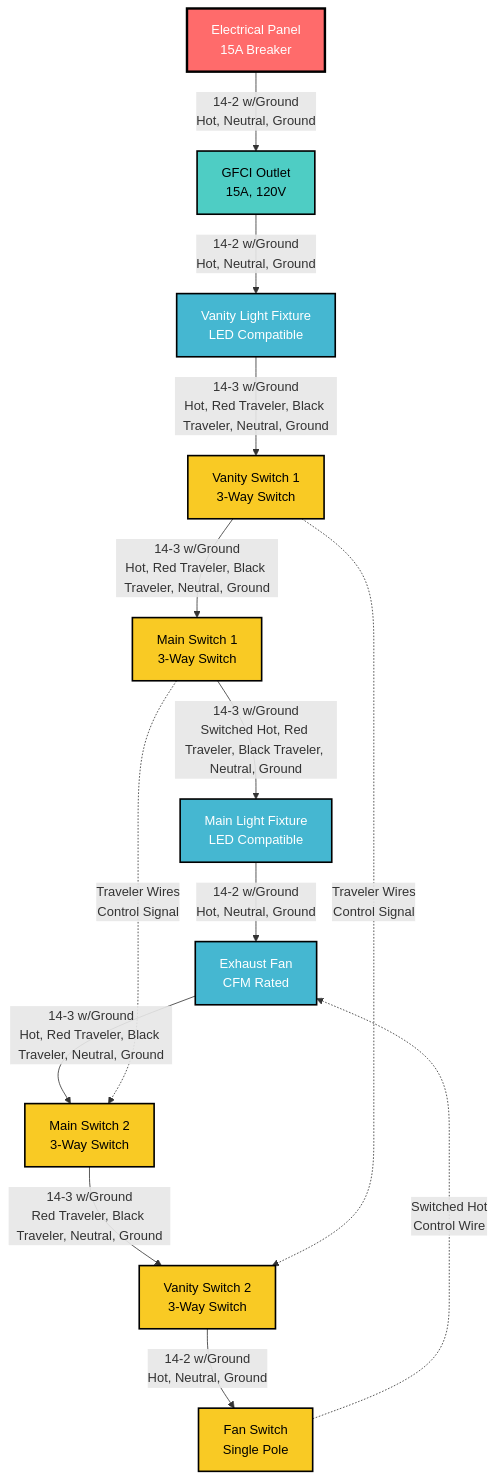
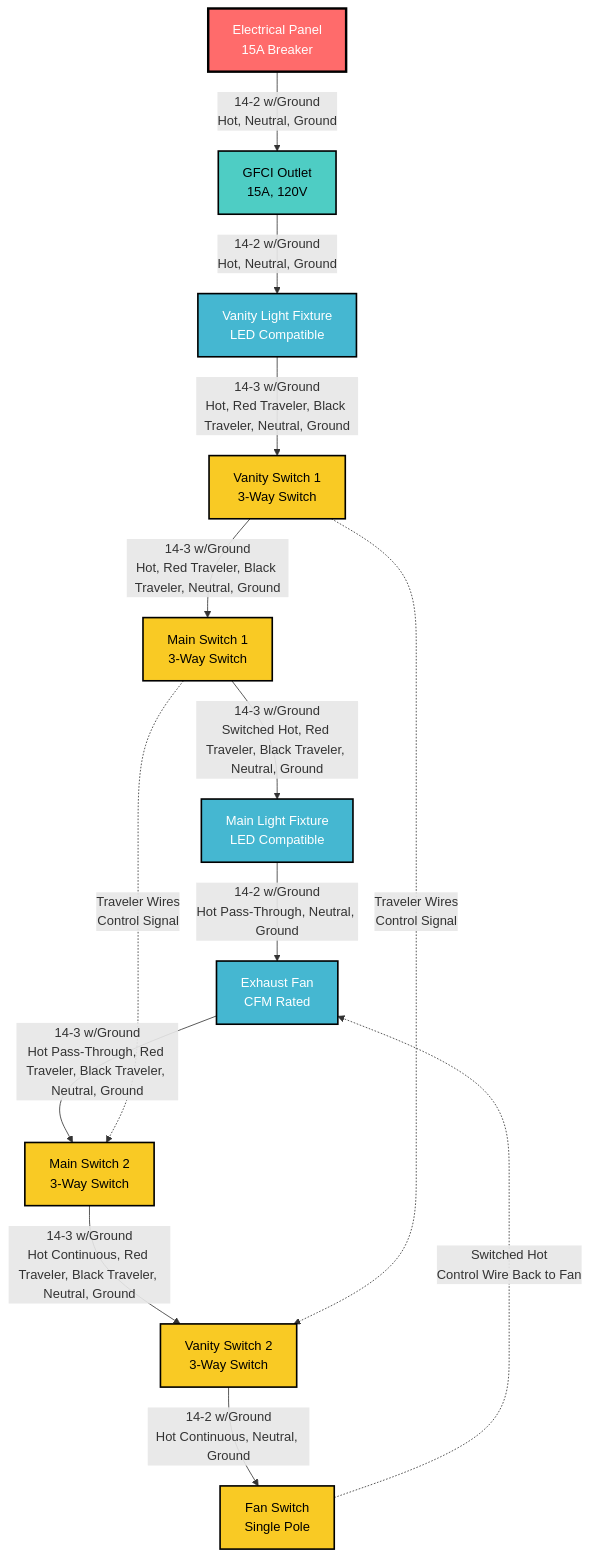
The first of 7 diagrams in diagrams/mermaid-wiring-diagram.md (ticklemycode/electrical-wiring), drawn with Mermaid before and after one commit. The commit also changed other lines of this file and 2 other files, not shown here.

````diff
--- a/diagrams/mermaid-wiring-diagram.md
+++ b/diagrams/mermaid-wiring-diagram.md
@@ -7,39 +7,39 @@
 ```mermaid
 flowchart TD
     A[Electrical Panel<br/>15A Breaker] -->|14-2 w/Ground<br/>Hot, Neutral, Ground| B[GFCI Outlet<br/>15A, 120V]
     
     B -->|14-2 w/Ground<br/>Hot, Neutral, Ground| C[Vanity Light Fixture<br/>LED Compatible]
     
     C -->|14-3 w/Ground<br/>Hot, Red Traveler, Black Traveler, Neutral, Ground| D[Vanity Switch 1<br/>3-Way Switch]
     
     D -->|14-3 w/Ground<br/>Hot, Red Traveler, Black Traveler, Neutral, Ground| E[Main Switch 1<br/>3-Way Switch]
     
     E -->|14-3 w/Ground<br/>Switched Hot, Red Traveler, Black Traveler, Neutral, Ground| F[Main Light Fixture<br/>LED Compatible]
     
-    F -->|14-2 w/Ground<br/>Hot, Neutral, Ground| G[Exhaust Fan<br/>CFM Rated]
+    F -->|14-2 w/Ground<br/>Hot Pass-Through, Neutral, Ground| G[Exhaust Fan<br/>CFM Rated]
     
-    G -->|14-3 w/Ground<br/>Hot, Red Traveler, Black Traveler, Neutral, Ground| H[Main Switch 2<br/>3-Way Switch]
+    G -->|14-3 w/Ground<br/>Hot Pass-Through, Red Traveler, Black Traveler, Neutral, Ground| H[Main Switch 2<br/>3-Way Switch]
     
-    H -->|14-3 w/Ground<br/>Red Traveler, Black Traveler, Neutral, Ground| I[Vanity Switch 2<br/>3-Way Switch]
+    H -->|14-3 w/Ground<br/>Hot Continuous, Red Traveler, Black Traveler, Neutral, Ground| I[Vanity Switch 2<br/>3-Way Switch]
     
-    I -->|14-2 w/Ground<br/>Hot, Neutral, Ground| J[Fan Switch<br/>Single Pole]
+    I -->|14-2 w/Ground<br/>Hot Continuous, Neutral, Ground| J[Fan Switch<br/>Single Pole]
     
     %% 3-Way Control Connections
     D -.->|Traveler Wires<br/>Control Signal| I
     E -.->|Traveler Wires<br/>Control Signal| H
     
     %% Fan Control
-    J -.->|Switched Hot<br/>Control Wire| G
+    J -.->|Switched Hot<br/>Control Wire Back to Fan| G
     
     %% Styling
     classDef panelStyle fill:#ff6b6b,stroke:#000,stroke-width:3px,color:#fff
     classDef gfciStyle fill:#4ecdc4,stroke:#000,stroke-width:2px,color:#000
     classDef fixtureStyle fill:#45b7d1,stroke:#000,stroke-width:2px,color:#fff
     classDef switchStyle fill:#f9ca24,stroke:#000,stroke-width:2px,color:#000
     classDef wireStyle stroke:#666,stroke-width:2px
     
     class A panelStyle
     class B gfciStyle
     class C,F,G fixtureStyle
     class D,E,H,I,J switchStyle
 ```
````
